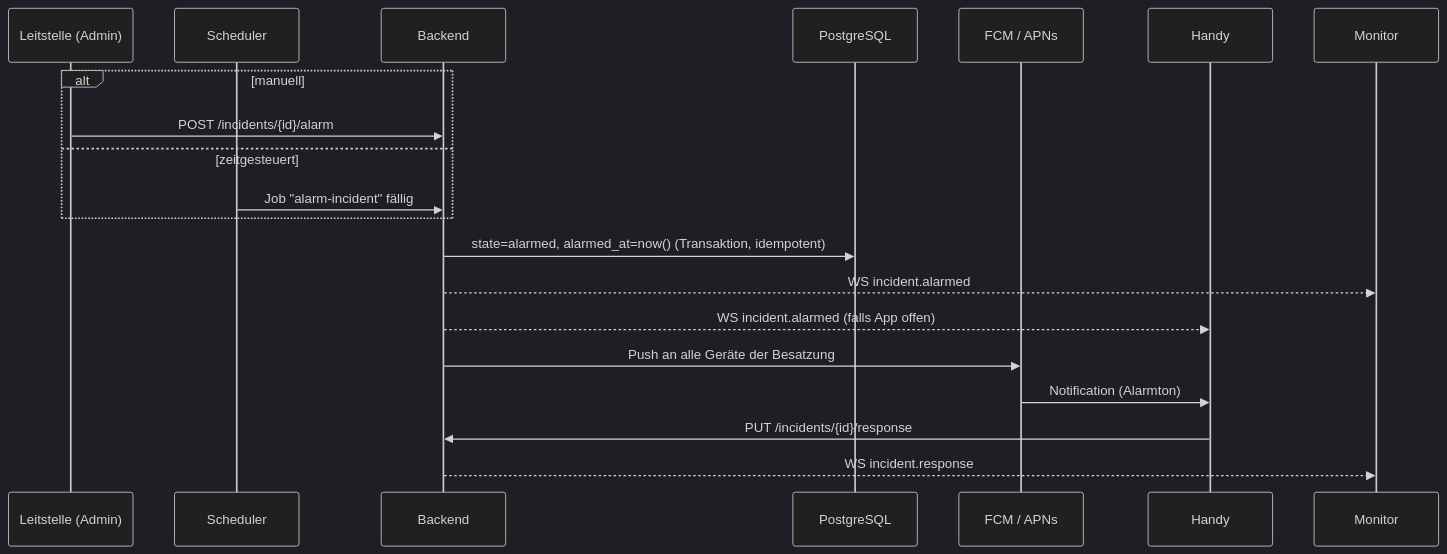
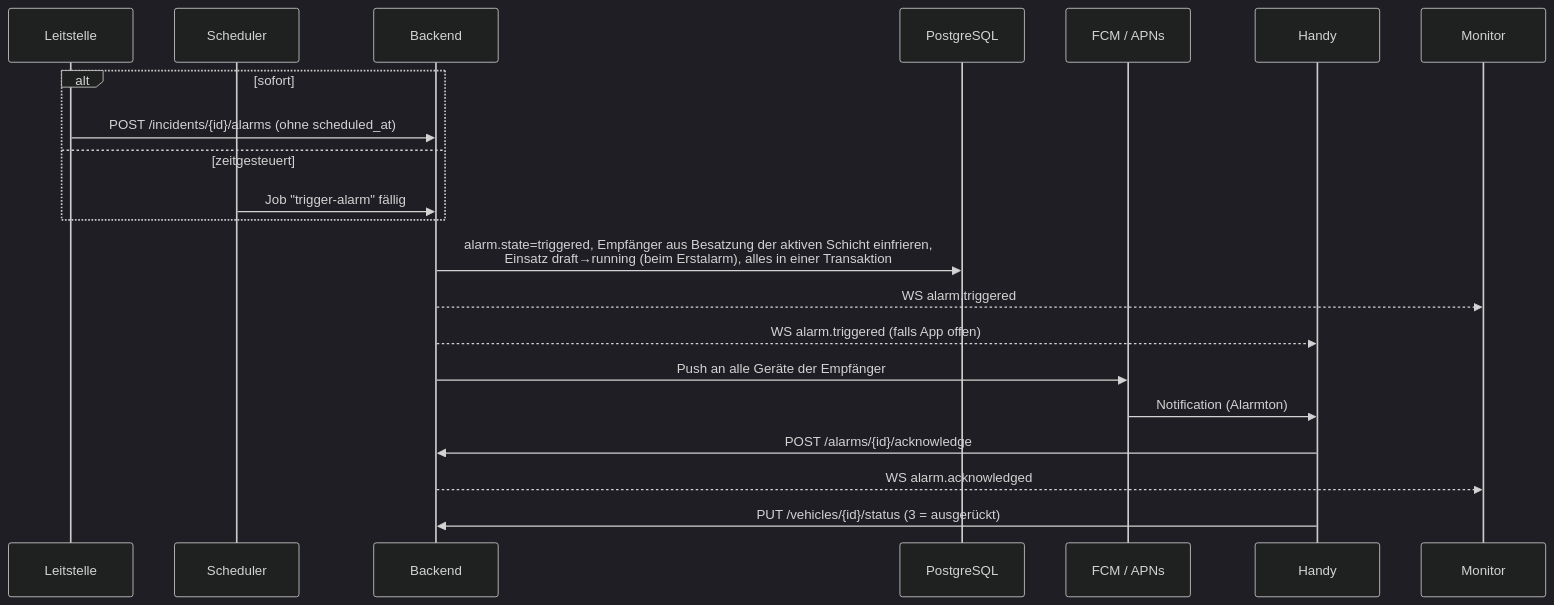
The diagram in docs/05-alarmierung-push.md (hoelzlm/better-bf-tag), drawn with Mermaid (dark theme) before and after one commit. The commit also changed other lines of this file and 13 other files, not shown here.

````diff
--- a/docs/05-alarmierung-push.md
+++ b/docs/05-alarmierung-push.md
@@ -5,23 +7,24 @@
 ```mermaid
 sequenceDiagram
-    participant L as Leitstelle (Admin)
+    participant L as Leitstelle
     participant S as Scheduler
     participant B as Backend
     participant DB as PostgreSQL
     participant F as FCM / APNs
     participant H as Handy
     participant M as Monitor
 
-    alt manuell
-        L->>B: POST /incidents/{id}/alarm
+    alt sofort
+        L->>B: POST /incidents/{id}/alarms (ohne scheduled_at)
     else zeitgesteuert
-        S->>B: Job "alarm-incident" fällig
+        S->>B: Job "trigger-alarm" fällig
     end
-    B->>DB: state=alarmed, alarmed_at=now() (Transaktion, idempotent)
-    B-->>M: WS incident.alarmed
-    B-->>H: WS incident.alarmed (falls App offen)
-    B->>F: Push an alle Geräte der Besatzung
+    B->>DB: alarm.state=triggered, Empfänger aus Besatzung der aktiven Schicht einfrieren,<br/>Einsatz draft→running (beim Erstalarm), alles in einer Transaktion
+    B-->>M: WS alarm.triggered
+    B-->>H: WS alarm.triggered (falls App offen)
+    B->>F: Push an alle Geräte der Empfänger
     F->>H: Notification (Alarmton)
-    H->>B: PUT /incidents/{id}/response
-    B-->>M: WS incident.response
+    H->>B: POST /alarms/{id}/acknowledge
+    B-->>M: WS alarm.acknowledged
+    H->>B: PUT /vehicles/{id}/status (3 = ausgerückt)
 ```
````
